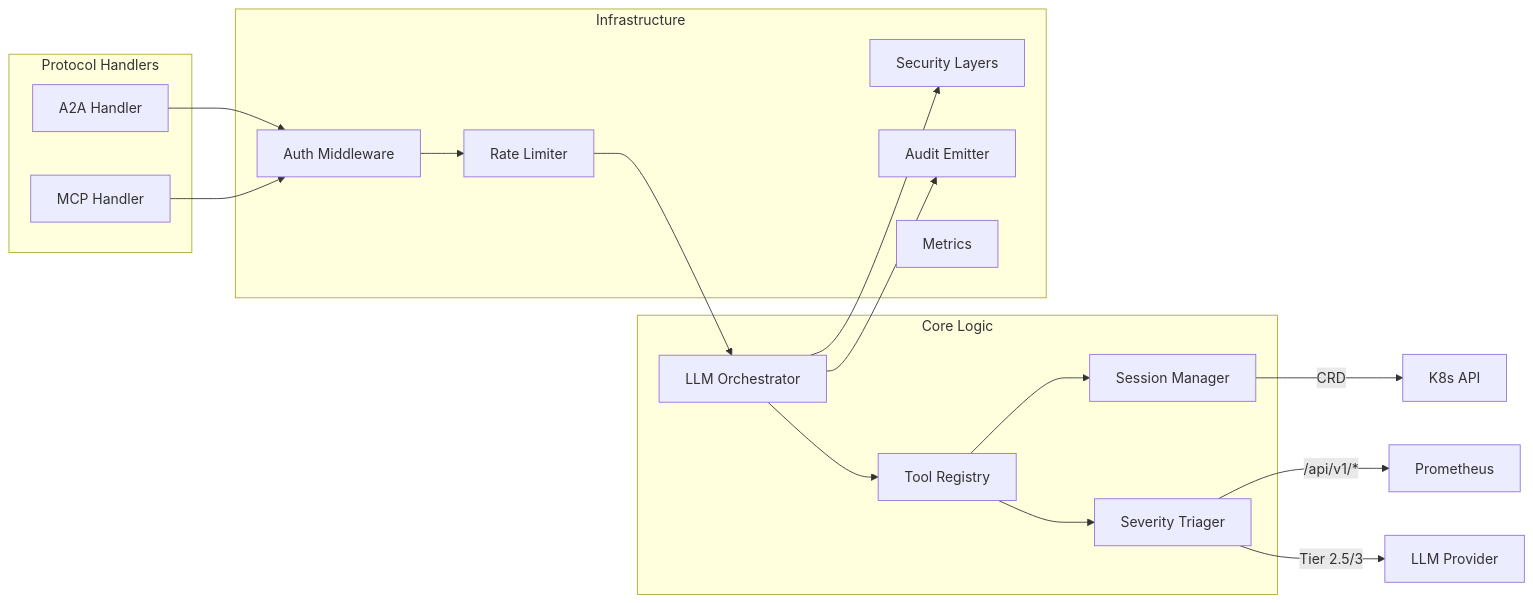
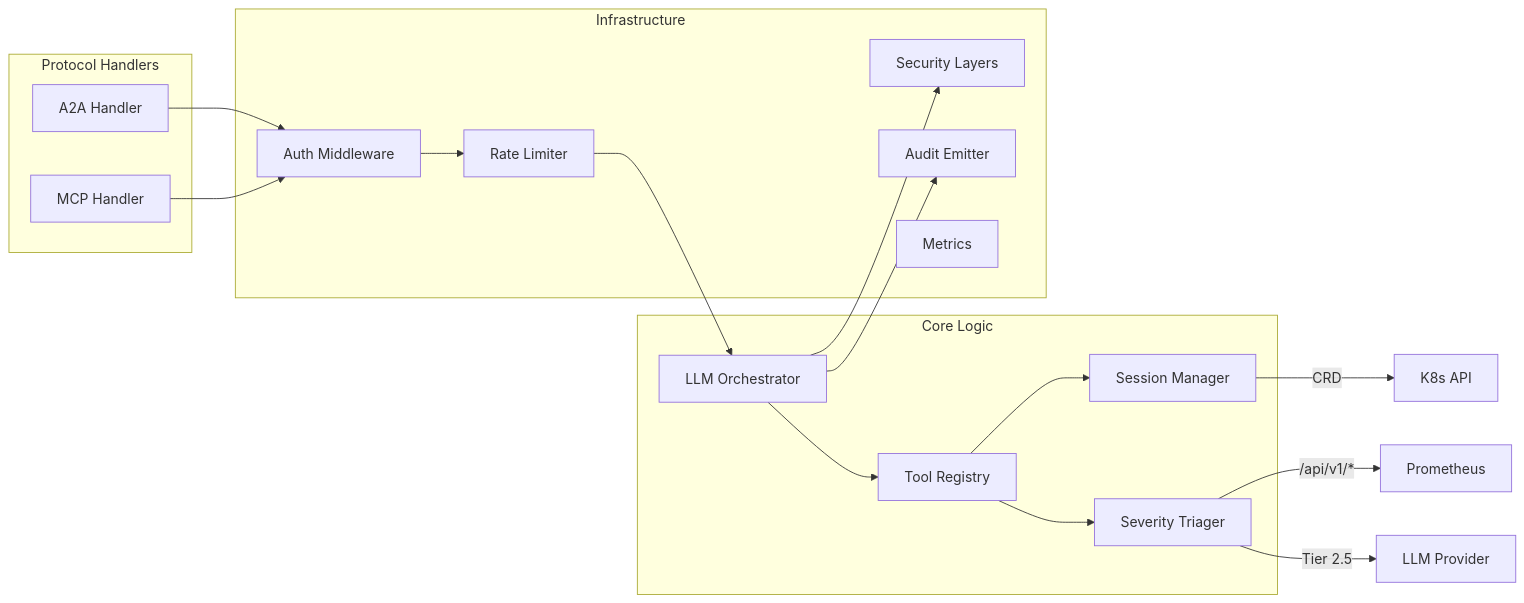
Before and after one commit to jordigilh/kubernaut: the second of 7 diagrams in docs/services/apifrontend/design/ARCHITECTURE.md, drawn with Mermaid. The commit also changed other lines of this file and 3 other files, not shown here.

````diff
--- a/docs/services/apifrontend/design/ARCHITECTURE.md
+++ b/docs/services/apifrontend/design/ARCHITECTURE.md
@@ -226,35 +226,35 @@
 ```mermaid
 graph LR
     subgraph handlers [Protocol Handlers]
         A2AHandler[A2A Handler]
         MCPHandler[MCP Handler]
     end
 
     subgraph core [Core Logic]
         Orchestrator[LLM Orchestrator]
         ToolRegistry[Tool Registry]
         SessionManager[Session Manager]
         SevTriager[Severity Triager]
     end
 
     subgraph infra_pkg [Infrastructure]
         Auth[Auth Middleware]
         RateLimit[Rate Limiter]
         Security[Security Layers]
         Audit[Audit Emitter]
         Metrics[Metrics]
     end
 
     A2AHandler --> Auth
     MCPHandler --> Auth
     Auth --> RateLimit
     RateLimit --> Orchestrator
     Orchestrator --> ToolRegistry
     Orchestrator --> Security
     ToolRegistry --> SessionManager
     ToolRegistry --> SevTriager
     SevTriager -->|/api/v1/*| Prom[Prometheus]
-    SevTriager -->|Tier 2.5/3| LLMProv[LLM Provider]
+    SevTriager -->|Tier 2.5| LLMProv[LLM Provider]
     SessionManager -->|CRD| K8s[K8s API]
     Orchestrator --> Audit
 ```
````
